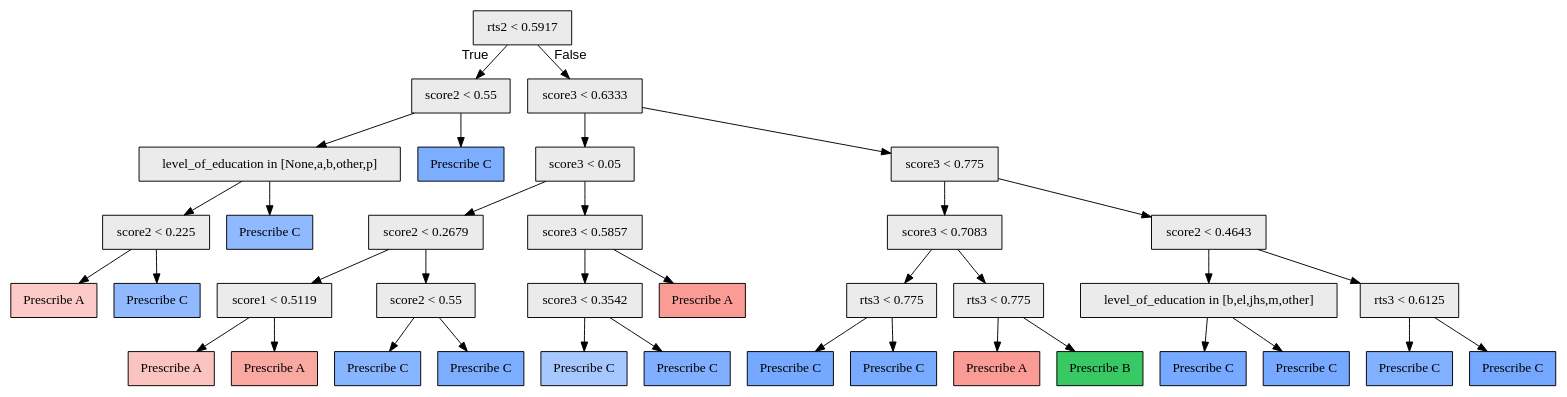
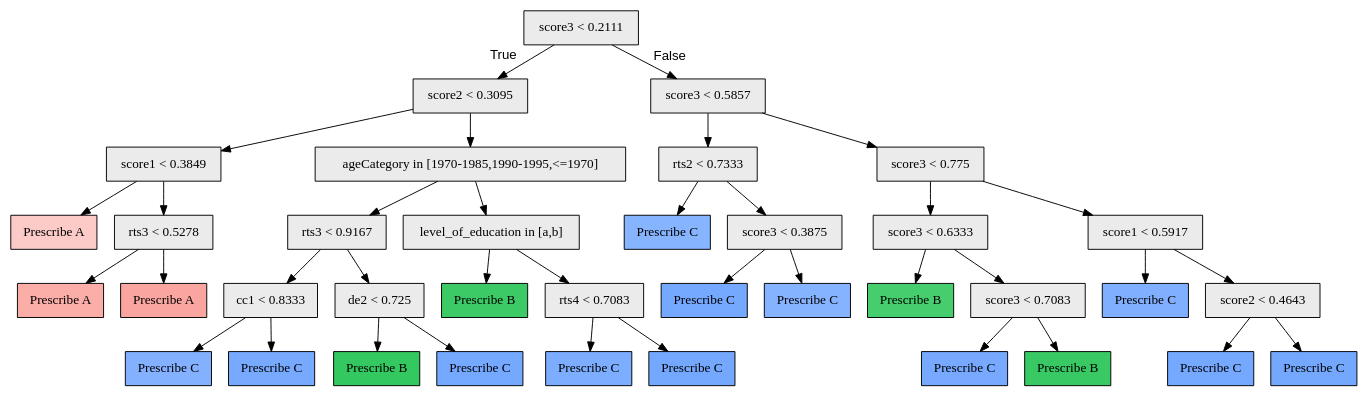
One commit to galitLukin/PersonalizedLearning changed the diagram in python/model/2/dfe/pytree.dot. Above: the diagram before and after it, drawn with Graphviz. The commit also changed 80 other files, not shown here.

```diff
--- a/python/model/2/dfe/pytree.dot
+++ b/python/model/2/dfe/pytree.dot
@@ -1,75 +1,75 @@
 digraph "G" {
-1 [fillcolor="#EBEBEB", fontname="bold arial", label="rts2 &lt; 0.5917", shape=box, style="filled"];
-2 [fillcolor="#EBEBEB", fontname="bold arial", label="score2 &lt; 0.55", shape=box, style="filled"];
-3 [fillcolor="#EBEBEB", fontname="bold arial", label="level_of_education in [None,a,b,other,p]", shape=box, style="filled"];
-4 [fillcolor="#EBEBEB", fontname="bold arial", label="score2 &lt; 0.225", shape=box, style="filled"];
-5 [color=black, fillcolor="#F8766D60", fontname="bold arial", label="Prescribe A", shape=box, style="filled"];
-6 [color=black, fillcolor="#619CFFb3", fontname="bold arial", label="Prescribe C", shape=box, style="filled"];
-7 [color=black, fillcolor="#619CFFb2", fontname="bold arial", label="Prescribe C", shape=box, style="filled"];
-8 [color=black, fillcolor="#619CFFd1", fontname="bold arial", label="Prescribe C", shape=box, style="filled"];
-9 [fillcolor="#EBEBEB", fontname="bold arial", label="score3 &lt; 0.6333", shape=box, style="filled"];
-10 [fillcolor="#EBEBEB", fontname="bold arial", label="score3 &lt; 0.05", shape=box, style="filled"];
-11 [fillcolor="#EBEBEB", fontname="bold arial", label="score2 &lt; 0.2679", shape=box, style="filled"];
-12 [fillcolor="#EBEBEB", fontname="bold arial", label="score1 &lt; 0.5119", shape=box, style="filled"];
-13 [color=black, fillcolor="#F8766D6d", fontname="bold arial", label="Prescribe A", shape=box, style="filled"];
-14 [color=black, fillcolor="#F8766Da2", fontname="bold arial", label="Prescribe A", shape=box, style="filled"];
-15 [fillcolor="#EBEBEB", fontname="bold arial", label="score2 &lt; 0.55", shape=box, style="filled"];
-16 [color=black, fillcolor="#619CFFbf", fontname="bold arial", label="Prescribe C", shape=box, style="filled"];
-17 [color=black, fillcolor="#619CFFd2", fontname="bold arial", label="Prescribe C", shape=box, style="filled"];
-18 [fillcolor="#EBEBEB", fontname="bold arial", label="score3 &lt; 0.5857", shape=box, style="filled"];
-19 [fillcolor="#EBEBEB", fontname="bold arial", label="score3 &lt; 0.3542", shape=box, style="filled"];
-20 [color=black, fillcolor="#619CFF8e", fontname="bold arial", label="Prescribe C", shape=box, style="filled"];
-21 [color=black, fillcolor="#619CFFcd", fontname="bold arial", label="Prescribe C", shape=box, style="filled"];
-22 [color=black, fillcolor="#F8766Db9", fontname="bold arial", label="Prescribe A", shape=box, style="filled"];
-23 [fillcolor="#EBEBEB", fontname="bold arial", label="score3 &lt; 0.775", shape=box, style="filled"];
-24 [fillcolor="#EBEBEB", fontname="bold arial", label="score3 &lt; 0.7083", shape=box, style="filled"];
-25 [fillcolor="#EBEBEB", fontname="bold arial", label="rts3 &lt; 0.775", shape=box, style="filled"];
-26 [color=black, fillcolor="#619CFFde", fontname="bold arial", label="Prescribe C", shape=box, style="filled"];
-27 [color=black, fillcolor="#619CFFd9", fontname="bold arial", label="Prescribe C", shape=box, style="filled"];
-28 [fillcolor="#EBEBEB", fontname="bold arial", label="rts3 &lt; 0.775", shape=box, style="filled"];
-29 [color=black, fillcolor="#F8766Db9", fontname="bold arial", label="Prescribe A", shape=box, style="filled"];
-30 [color=black, fillcolor="#00BA38c6", fontname="bold arial", label="Prescribe B", shape=box, style="filled"];
-31 [fillcolor="#EBEBEB", fontname="bold arial", label="score2 &lt; 0.4643", shape=box, style="filled"];
-32 [fillcolor="#EBEBEB", fontname="bold arial", label="level_of_education in [b,el,jhs,m,other]", shape=box, style="filled"];
-33 [color=black, fillcolor="#619CFFdd", fontname="bold arial", label="Prescribe C", shape=box, style="filled"];
-34 [color=black, fillcolor="#619CFFdd", fontname="bold arial", label="Prescribe C", shape=box, style="filled"];
-35 [fillcolor="#EBEBEB", fontname="bold arial", label="rts3 &lt; 0.6125", shape=box, style="filled"];
-36 [color=black, fillcolor="#619CFFcb", fontname="bold arial", label="Prescribe C", shape=box, style="filled"];
+1 [fillcolor="#EBEBEB", fontname="bold arial", label="score3 &lt; 0.2111", shape=box, style="filled"];
+2 [fillcolor="#EBEBEB", fontname="bold arial", label="score2 &lt; 0.3095", shape=box, style="filled"];
+3 [fillcolor="#EBEBEB", fontname="bold arial", label="score1 &lt; 0.3849", shape=box, style="filled"];
+4 [color=black, fillcolor="#F8766D60", fontname="bold arial", label="Prescribe A", shape=box, style="filled"];
+5 [fillcolor="#EBEBEB", fontname="bold arial", label="rts3 &lt; 0.5278", shape=box, style="filled"];
+6 [color=black, fillcolor="#F8766D98", fontname="bold arial", label="Prescribe A", shape=box, style="filled"];
+7 [color=black, fillcolor="#F8766Da7", fontname="bold arial", label="Prescribe A", shape=box, style="filled"];
+8 [fillcolor="#EBEBEB", fontname="bold arial", label="ageCategory in [1970-1985,1990-1995,&lt;=1970]", shape=box, style="filled"];
+9 [fillcolor="#EBEBEB", fontname="bold arial", label="rts3 &lt; 0.9167", shape=box, style="filled"];
+10 [fillcolor="#EBEBEB", fontname="bold arial", label="cc1 &lt; 0.8333", shape=box, style="filled"];
+11 [color=black, fillcolor="#619CFFc8", fontname="bold arial", label="Prescribe C", shape=box, style="filled"];
+12 [color=black, fillcolor="#619CFFda", fontname="bold arial", label="Prescribe C", shape=box, style="filled"];
+13 [fillcolor="#EBEBEB", fontname="bold arial", label="de2 &lt; 0.725", shape=box, style="filled"];
+14 [color=black, fillcolor="#00BA38cb", fontname="bold arial", label="Prescribe B", shape=box, style="filled"];
+15 [color=black, fillcolor="#619CFFde", fontname="bold arial", label="Prescribe C", shape=box, style="filled"];
+16 [fillcolor="#EBEBEB", fontname="bold arial", label="level_of_education in [a,b]", shape=box, style="filled"];
+17 [color=black, fillcolor="#00BA38c3", fontname="bold arial", label="Prescribe B", shape=box, style="filled"];
+18 [fillcolor="#EBEBEB", fontname="bold arial", label="rts4 &lt; 0.7083", shape=box, style="filled"];
+19 [color=black, fillcolor="#619CFFd2", fontname="bold arial", label="Prescribe C", shape=box, style="filled"];
+20 [color=black, fillcolor="#619CFFdf", fontname="bold arial", label="Prescribe C", shape=box, style="filled"];
+21 [fillcolor="#EBEBEB", fontname="bold arial", label="score3 &lt; 0.5857", shape=box, style="filled"];
+22 [fillcolor="#EBEBEB", fontname="bold arial", label="rts2 &lt; 0.7333", shape=box, style="filled"];
+23 [color=black, fillcolor="#619CFFc1", fontname="bold arial", label="Prescribe C", shape=box, style="filled"];
+24 [fillcolor="#EBEBEB", fontname="bold arial", label="score3 &lt; 0.3875", shape=box, style="filled"];
+25 [color=black, fillcolor="#619CFFde", fontname="bold arial", label="Prescribe C", shape=box, style="filled"];
+26 [color=black, fillcolor="#619CFFc3", fontname="bold arial", label="Prescribe C", shape=box, style="filled"];
+27 [fillcolor="#EBEBEB", fontname="bold arial", label="score3 &lt; 0.775", shape=box, style="filled"];
+28 [fillcolor="#EBEBEB", fontname="bold arial", label="score3 &lt; 0.6333", shape=box, style="filled"];
+29 [color=black, fillcolor="#00BA38b9", fontname="bold arial", label="Prescribe B", shape=box, style="filled"];
+30 [fillcolor="#EBEBEB", fontname="bold arial", label="score3 &lt; 0.7083", shape=box, style="filled"];
+31 [color=black, fillcolor="#619CFFdc", fontname="bold arial", label="Prescribe C", shape=box, style="filled"];
+32 [color=black, fillcolor="#00BA38c6", fontname="bold arial", label="Prescribe B", shape=box, style="filled"];
+33 [fillcolor="#EBEBEB", fontname="bold arial", label="score1 &lt; 0.5917", shape=box, style="filled"];
+34 [color=black, fillcolor="#619CFFcd", fontname="bold arial", label="Prescribe C", shape=box, style="filled"];
+35 [fillcolor="#EBEBEB", fontname="bold arial", label="score2 &lt; 0.4643", shape=box, style="filled"];
+36 [color=black, fillcolor="#619CFFde", fontname="bold arial", label="Prescribe C", shape=box, style="filled"];
 37 [color=black, fillcolor="#619CFFdf", fontname="bold arial", label="Prescribe C", shape=box, style="filled"];
 1 -> 2  [fontname="arial", headlabel="True", key=0, labelangle=45, labeldistance="2.5"];
-1 -> 9  [fontname="arial", headlabel="False", key=0, labelangle="-45", labeldistance="2.5"];
+1 -> 21  [fontname="arial", headlabel="False", key=0, labelangle="-45", labeldistance="2.5"];
 2 -> 3  [key=0];
 2 -> 8  [key=0];
 3 -> 4  [key=0];
-3 -> 7  [key=0];
-4 -> 5  [key=0];
-4 -> 6  [key=0];
+3 -> 5  [key=0];
+5 -> 6  [key=0];
+5 -> 7  [key=0];
+8 -> 9  [key=0];
+8 -> 16  [key=0];
 9 -> 10  [key=0];
-9 -> 23  [key=0];
+9 -> 13  [key=0];
 10 -> 11  [key=0];
-10 -> 18  [key=0];
-11 -> 12  [key=0];
-11 -> 15  [key=0];
-12 -> 13  [key=0];
-12 -> 14  [key=0];
-15 -> 16  [key=0];
-15 -> 17  [key=0];
+10 -> 12  [key=0];
+13 -> 14  [key=0];
+13 -> 15  [key=0];
+16 -> 17  [key=0];
+16 -> 18  [key=0];
 18 -> 19  [key=0];
-18 -> 22  [key=0];
-19 -> 20  [key=0];
-19 -> 21  [key=0];
-23 -> 24  [key=0];
-23 -> 31  [key=0];
+18 -> 20  [key=0];
+21 -> 22  [key=0];
+21 -> 27  [key=0];
+22 -> 23  [key=0];
+22 -> 24  [key=0];
 24 -> 25  [key=0];
-24 -> 28  [key=0];
-25 -> 26  [key=0];
-25 -> 27  [key=0];
+24 -> 26  [key=0];
+27 -> 28  [key=0];
+27 -> 33  [key=0];
 28 -> 29  [key=0];
 28 -> 30  [key=0];
-31 -> 32  [key=0];
-31 -> 35  [key=0];
-32 -> 33  [key=0];
-32 -> 34  [key=0];
+30 -> 31  [key=0];
+30 -> 32  [key=0];
+33 -> 34  [key=0];
+33 -> 35  [key=0];
 35 -> 36  [key=0];
 35 -> 37  [key=0];
 }
```
